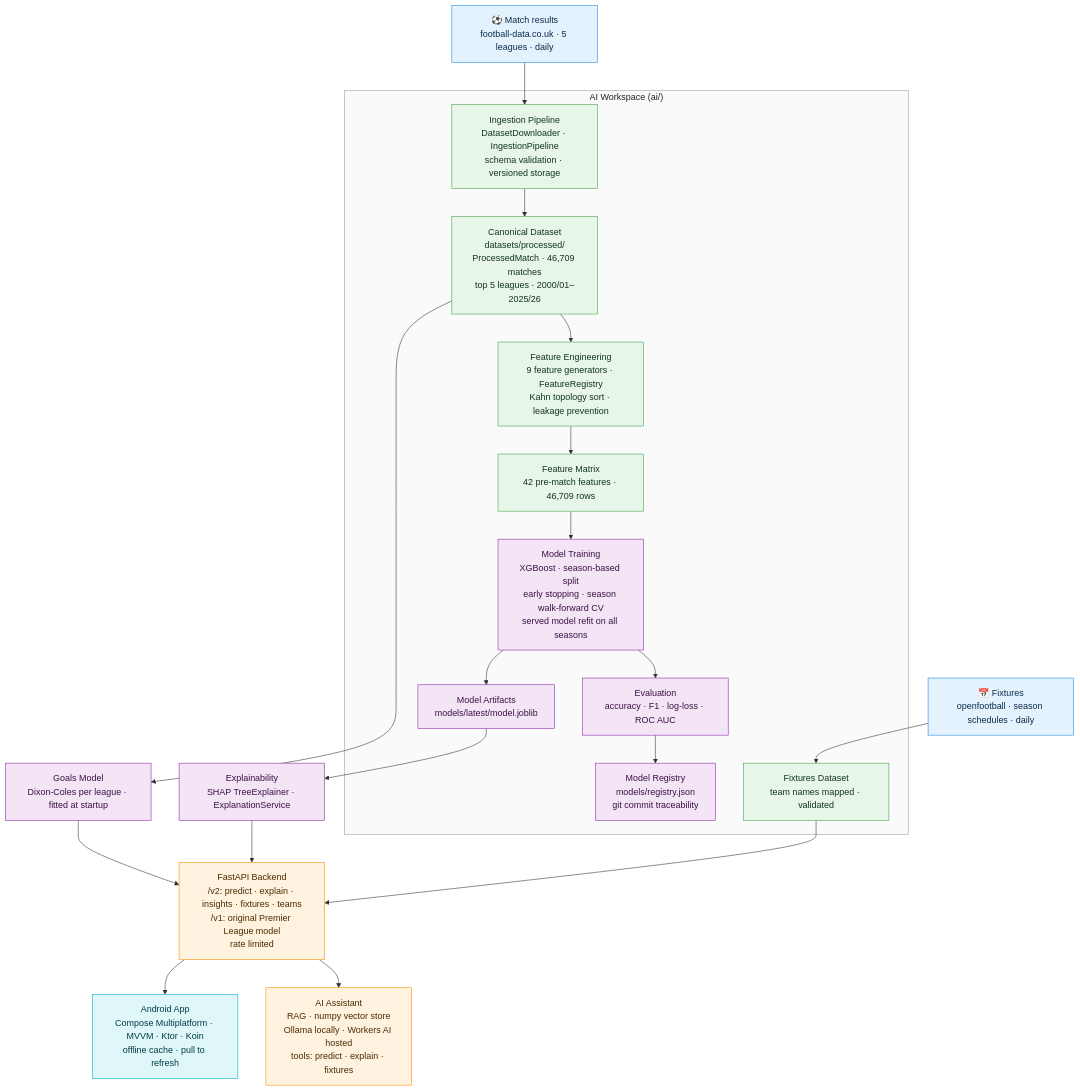
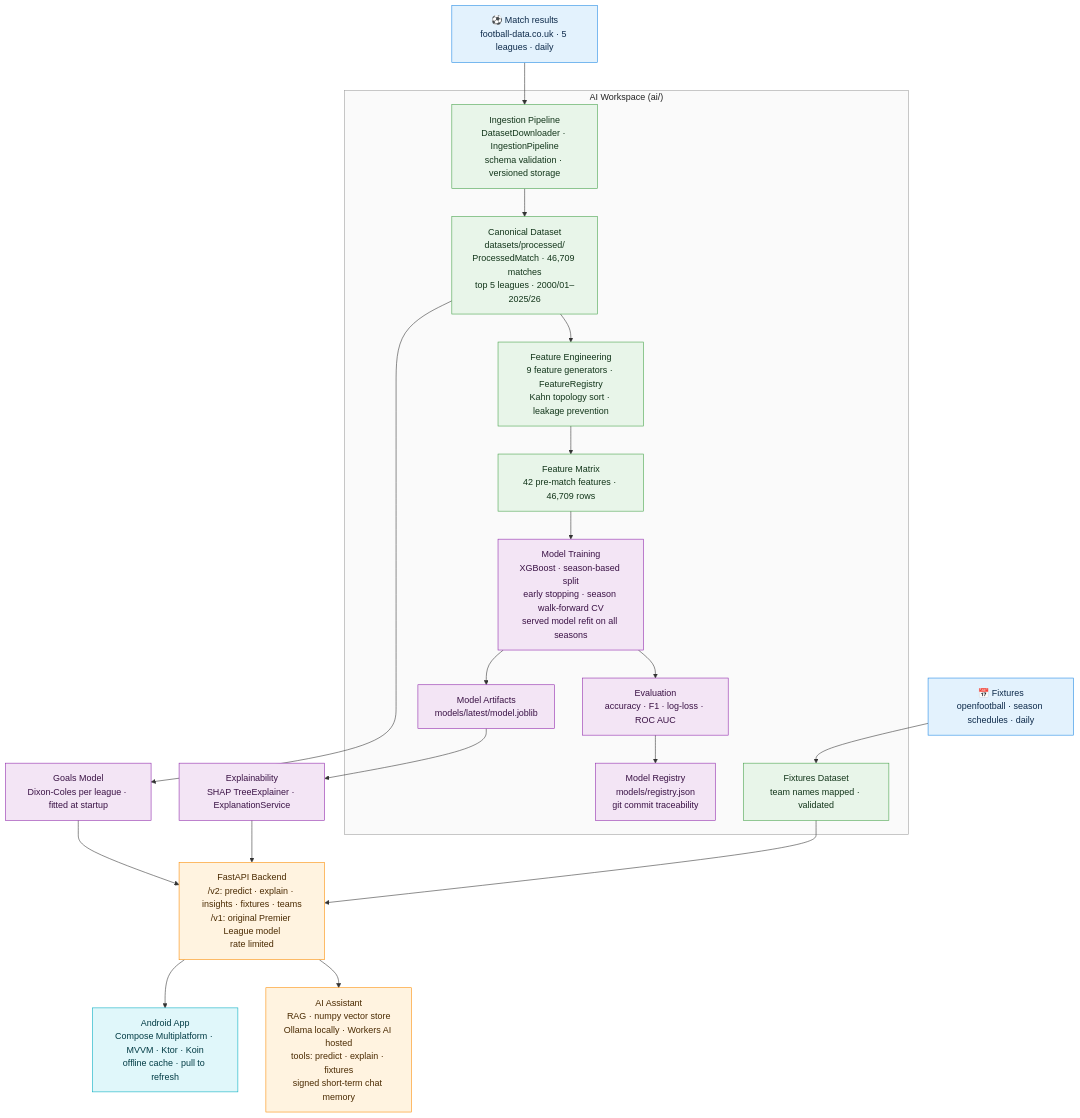
The first of 6 diagrams in README.md (SumukhaK/football-intelligence-platform), drawn with Mermaid before and after one commit. The commit also changed 24 other files, not shown here.

````diff
--- a/README.md
+++ b/README.md
@@ -63,37 +63,37 @@
 ```mermaid
 flowchart TD
     A["⚽ Match results\nfootball-data.co.uk · 5 leagues · daily"] --> B
     FX["📅 Fixtures\nopenfootball · season schedules · daily"] --> FS
 
     subgraph AI["AI Workspace (ai/)"]
         B["Ingestion Pipeline\nDatasetDownloader · IngestionPipeline\nschema validation · versioned storage"] --> C
         C["Canonical Dataset\ndatasets/processed/\nProcessedMatch · 46,709 matches\ntop 5 leagues · 2000/01–2025/26"] --> D
         D["Feature Engineering\n9 feature generators · FeatureRegistry\nKahn topology sort · leakage prevention"] --> E
         E["Feature Matrix\n42 pre-match features · 46,709 rows"] --> F
         F["Model Training\nXGBoost · season-based split\nearly stopping · season walk-forward CV\nserved model refit on all seasons"] --> G
         G["Evaluation\naccuracy · F1 · log-loss · ROC AUC"] --> H
         H["Model Registry\nmodels/registry.json\ngit commit traceability"]
         F --> I["Model Artifacts\nmodels/latest/model.joblib"]
         FS["Fixtures Dataset\nteam names mapped · validated"]
     end
 
     I --> J["Explainability\nSHAP TreeExplainer · ExplanationService"]
     C --> NG["Goals Model\nDixon-Coles per league · fitted at startup"]
     J --> K["FastAPI Backend\n/v2: predict · explain · insights · fixtures · teams\n/v1: original Premier League model\nrate limited"]
     NG --> K
     FS --> K
-    K --> L["AI Assistant\nRAG · numpy vector store\nOllama locally · Workers AI hosted\ntools: predict · explain · fixtures"]
+    K --> L["AI Assistant\nRAG · numpy vector store\nOllama locally · Workers AI hosted\ntools: predict · explain · fixtures\nsigned short-term chat memory"]
     K --> M["Android App\nCompose Multiplatform · MVVM · Ktor · Koin\noffline cache · pull to refresh"]
 
     classDef source fill:#E3F2FD,stroke:#1E88E5,color:#0D2A4A
     classDef data fill:#E8F5E9,stroke:#43A047,color:#12351A
     classDef model fill:#F3E5F5,stroke:#8E24AA,color:#3A1245
     classDef serve fill:#FFF3E0,stroke:#FB8C00,color:#4A2A00
     classDef client fill:#E0F7FA,stroke:#00ACC1,color:#003B44
     class A,FX source
     class B,C,D,E,FS data
     class F,G,H,I,J,NG model
     class K,L serve
     class M client
     style AI fill:#FAFAFA,stroke:#9E9E9E,color:#212121
 ```
````
